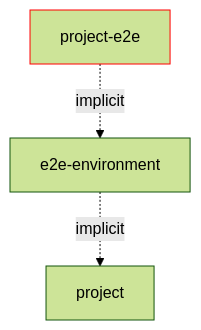
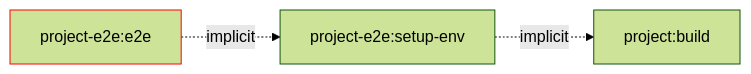
Before and after one commit to push-based/nx-verdaccio: the sixth of 6 diagrams in README.md, drawn with Mermaid (forest theme). The commit also changed other lines of this file, not shown here.

Commit message:
docs(build-env): adopt task graph diagrams

````diff
--- a/README.md
+++ b/README.md
@@ -137,7 +134,6 @@
 ```mermaid
-flowchart TB
-project-e2e:::project-e2e-.implicit.->e2e-environment:::e2e-environment;
-e2e-environment-.implicit.->project:::project;
-
-classDef project-e2e stroke:#f00
+flowchart LR
+P[project-e2e:e2e]:::e2e-.implicit.->S[project-e2e:setup-env]:::build;
+S-.implicit.->E[project:build]:::build;
+classDef e2e stroke:#f00
 ```
````
